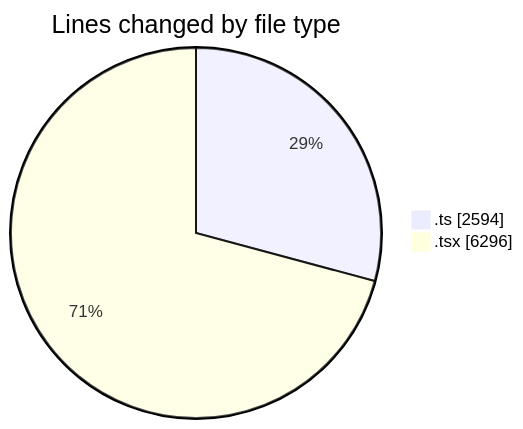
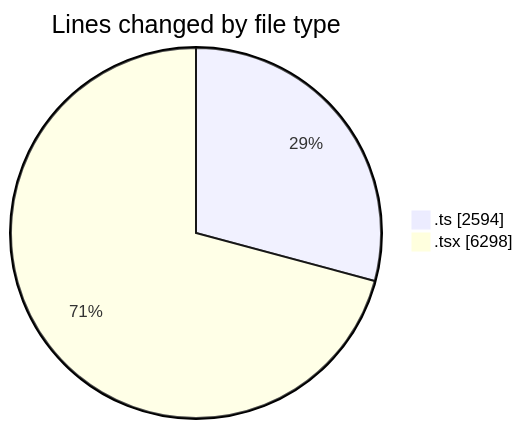
Before and after one commit to momahboobian/code-tracking: the first of 2 diagrams in 2025-07-01/cda/README.md, drawn with Mermaid. The commit also changed other lines of this file and 1 other file, not shown here.

````diff
--- a/2025-07-01/cda/README.md
+++ b/2025-07-01/cda/README.md
@@ -44,6 +44,6 @@
 ```mermaid
 pie showData
 title Lines changed by file type
 ".ts" : 2594
-".tsx" : 6296
+".tsx" : 6298
 ```
````
